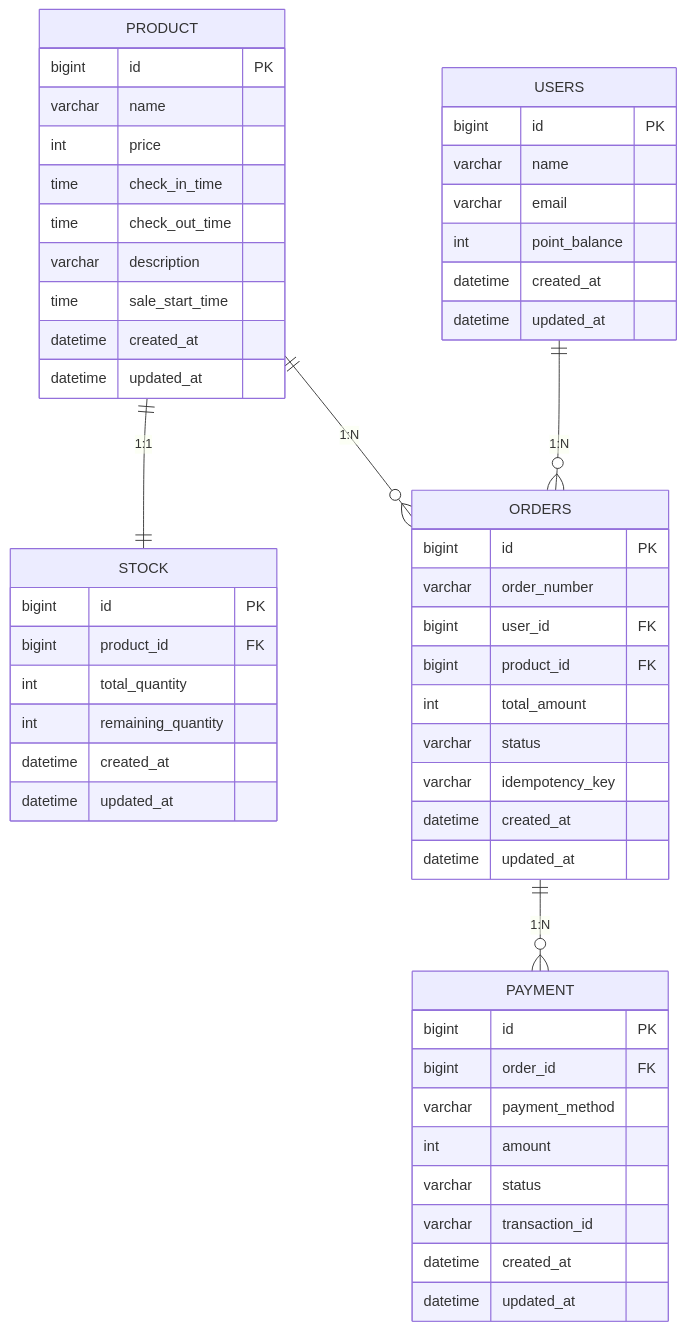
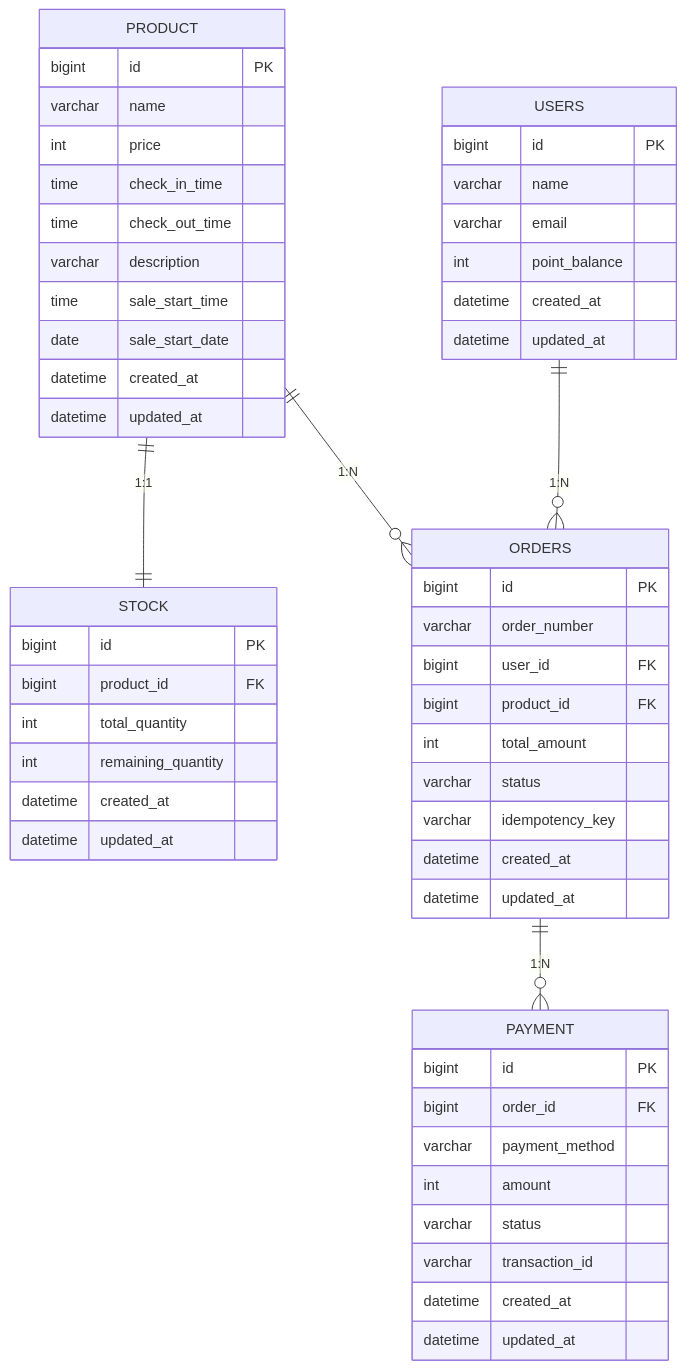
The first of 4 diagrams in README.md (hyunmin0317/reservation-payment-platform), drawn with Mermaid before and after one commit. The commit also changed other lines of this file and 2 other files, not shown here.

````diff
--- a/README.md
+++ b/README.md
@@ -250,60 +250,61 @@
 ```mermaid
 erDiagram
     PRODUCT {
         bigint id PK
         varchar name
         int price
         time check_in_time
         time check_out_time
         varchar description
         time sale_start_time
+        date sale_start_date
         datetime created_at
         datetime updated_at
     }
 
     STOCK {
         bigint id PK
         bigint product_id FK
         int total_quantity
         int remaining_quantity
         datetime created_at
         datetime updated_at
     }
 
     USERS {
         bigint id PK
         varchar name
         varchar email
         int point_balance
         datetime created_at
         datetime updated_at
     }
 
     ORDERS {
         bigint id PK
         varchar order_number
         bigint user_id FK
         bigint product_id FK
         int total_amount
         varchar status
         varchar idempotency_key
         datetime created_at
         datetime updated_at
     }
 
     PAYMENT {
         bigint id PK
         bigint order_id FK
         varchar payment_method
         int amount
         varchar status
         varchar transaction_id
         datetime created_at
         datetime updated_at
     }
 
     PRODUCT ||--|| STOCK : "1:1"
     USERS ||--o{ ORDERS : "1:N"
     PRODUCT ||--o{ ORDERS : "1:N"
     ORDERS ||--o{ PAYMENT : "1:N"
 ```
````
